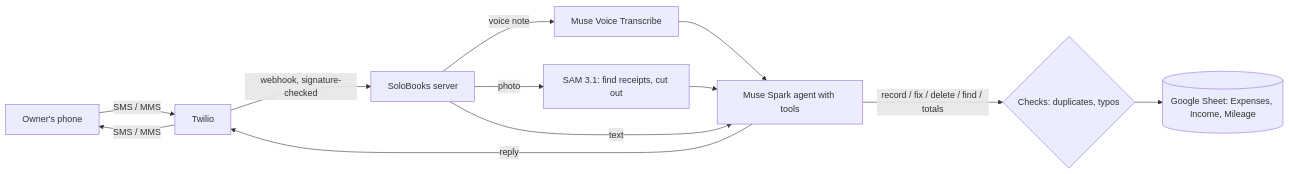
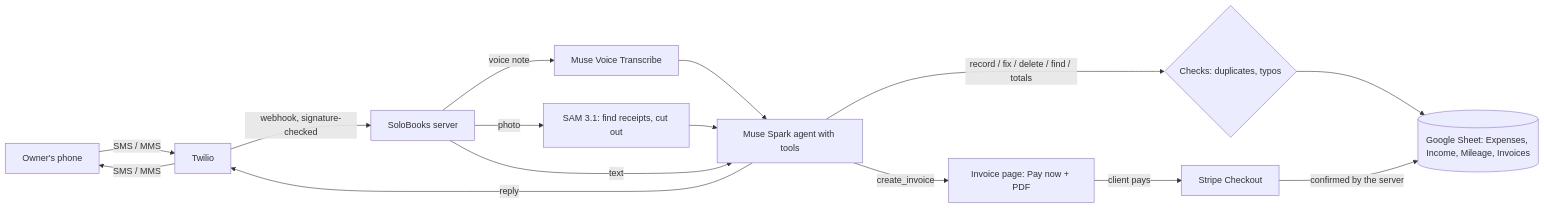
One commit to omerincialan/solo-books-agent changed the diagram in README.md. Above: the diagram before and after it, drawn with Mermaid. The commit also changed other lines of this file and 10 other files, not shown here.

First line of the commit message:
Invoicing: invoice by text, Stripe Pay now, PDF, paid exactly once, daily nudges

````diff
--- a/README.md
+++ b/README.md
@@ -62,14 +68,17 @@
 ```mermaid
 flowchart LR
     P[Owner's phone] -- SMS / MMS --> T[Twilio]
     T -- webhook, signature-checked --> S[SoloBooks server]
     S -- voice note --> V[Muse Voice Transcribe]
     S -- photo --> M[SAM 3.1: find receipts, cut out]
     V --> A
     M --> A
     S -- text --> A[Muse Spark agent with tools]
     A -- record / fix / delete / find / totals --> C{Checks: duplicates, typos}
-    C --> G[(Google Sheet: Expenses, Income, Mileage)]
+    C --> G[(Google Sheet: Expenses, Income, Mileage, Invoices)]
+    A -- create_invoice --> I[Invoice page: Pay now + PDF]
+    I -- client pays --> ST[Stripe Checkout]
+    ST -- confirmed by the server --> G
     A -- reply --> T
     T -- SMS / MMS --> P
 ```
````
